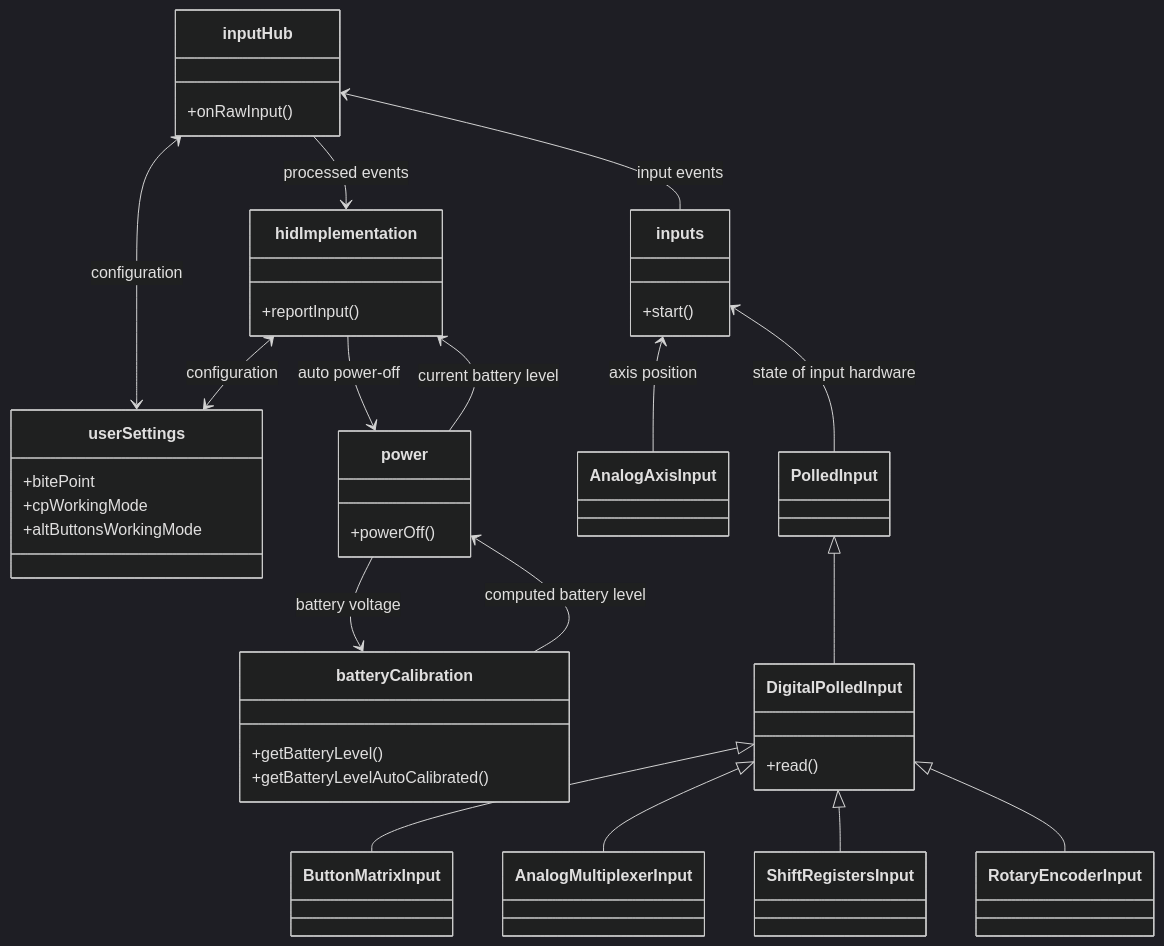
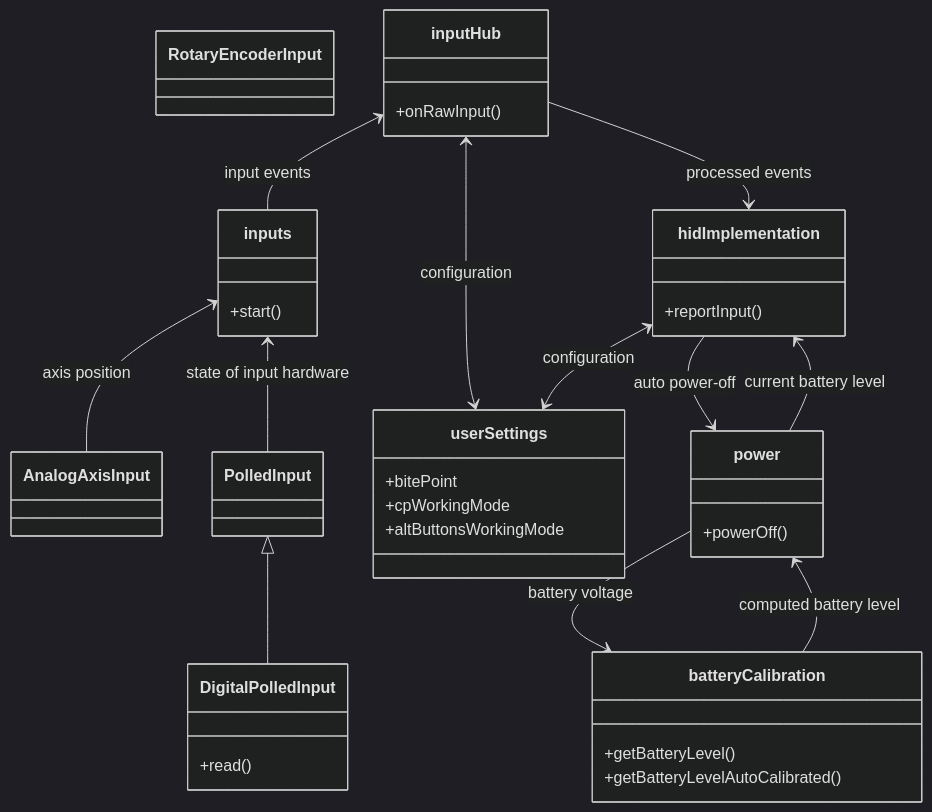
Before and after one commit to afpineda/OpenSourceSimWheelESP32: the first of 4 diagrams in doc/firmware/FirmwareArchitecture_en.md, drawn with Mermaid (dark theme). The commit also changed other lines of this file and 6 other files, not shown here.

````diff
--- a/doc/firmware/FirmwareArchitecture_en.md
+++ b/doc/firmware/FirmwareArchitecture_en.md
@@ -59,43 +59,39 @@
 ```mermaid
 classDiagram
     class RotaryEncoderInput
     class inputs {
       +start()
     }
     class inputHub {
       +onRawInput()
     }
     class userSettings {
       +bitePoint
       +cpWorkingMode
       +altButtonsWorkingMode
     }
     class hidImplementation {
       +reportInput()
     }
     class power {
       +powerOff()
     }
     class batteryCalibration {
       +getBatteryLevel()
       +getBatteryLevelAutoCalibrated()
     }
     class DigitalPolledInput {
       +read()
     }
     inputHub <-- inputs: input events
     inputs <-- AnalogAxisInput: axis position
     inputs <-- PolledInput: state of input hardware
-    DigitalPolledInput <|-- ButtonMatrixInput
-    DigitalPolledInput <|-- AnalogMultiplexerInput
-    DigitalPolledInput <|-- ShiftRegistersInput
-    DigitalPolledInput <|-- RotaryEncoderInput
     PolledInput <|-- DigitalPolledInput
     inputHub <--> userSettings: configuration
     inputHub --> hidImplementation: processed events
     hidImplementation <--> userSettings: configuration
     hidImplementation --> power: auto power-off
     hidImplementation <-- power: current battery level
     power --> batteryCalibration: battery voltage
     power <-- batteryCalibration: computed battery level
 ```
````
